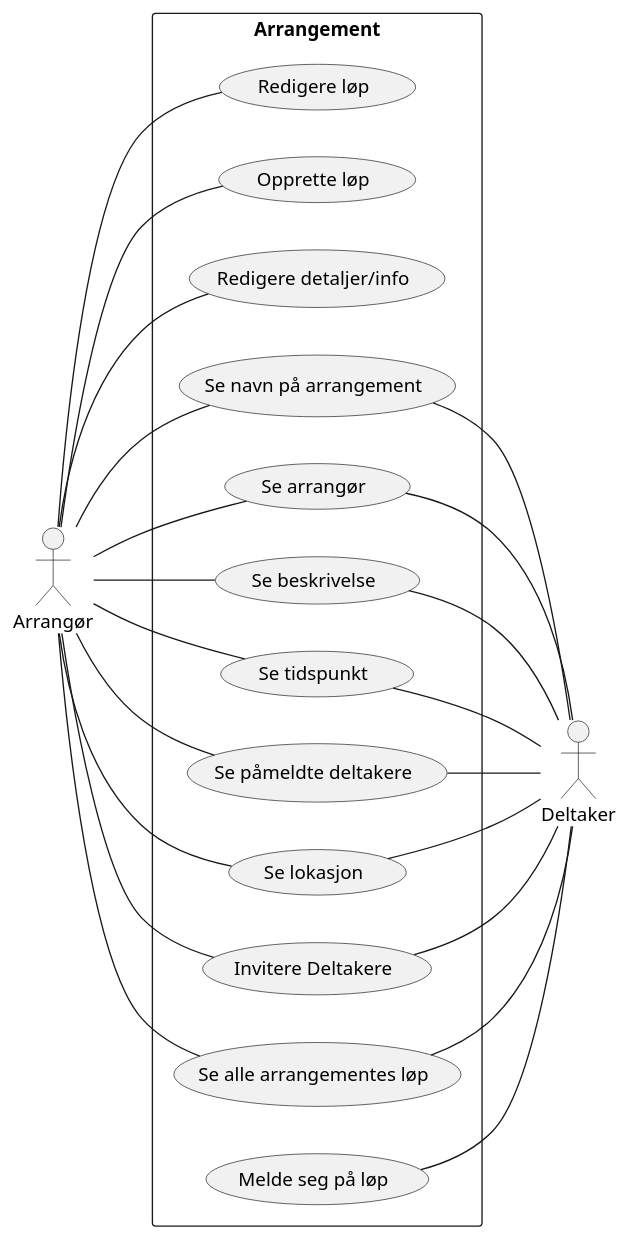
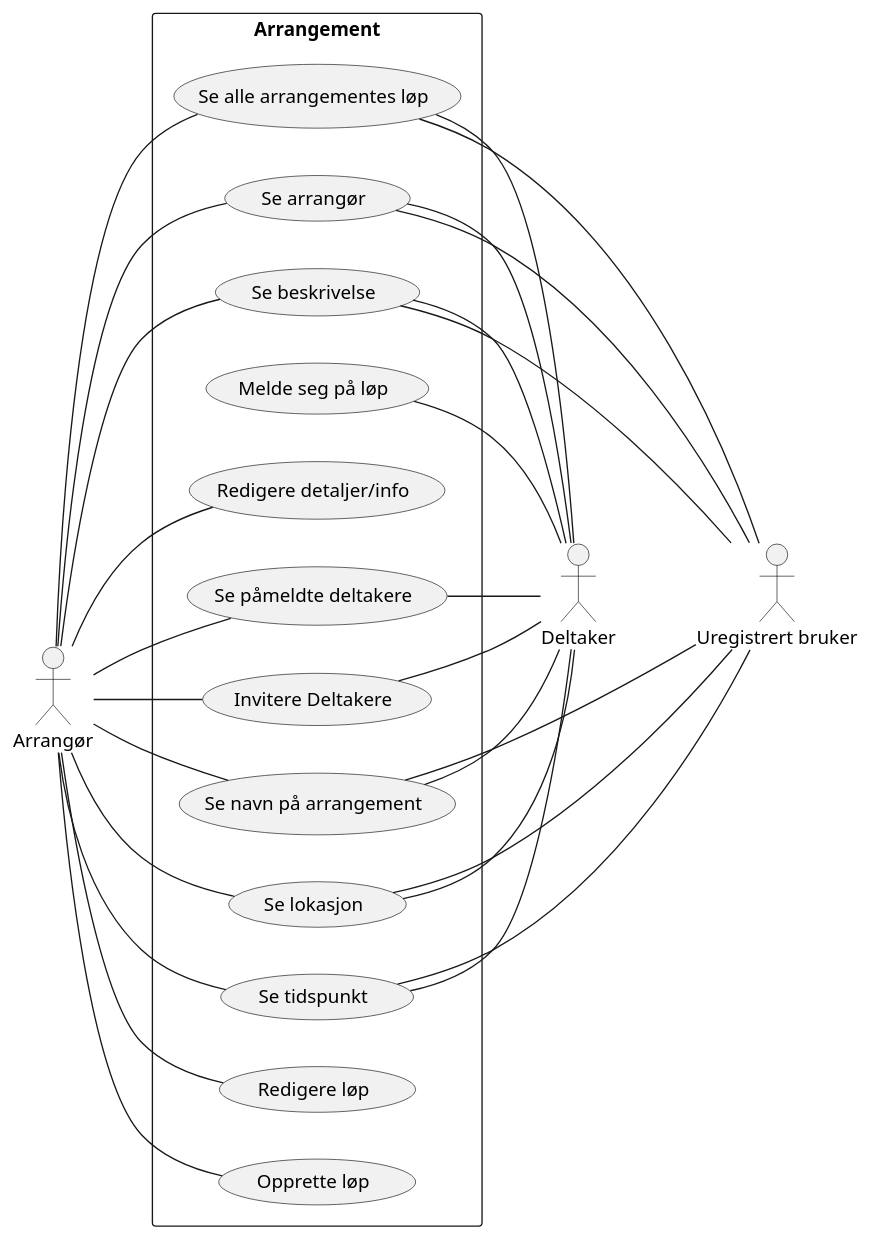
Before and after one commit to GossipDolphin/software_prosjekt_18: the diagram in diagrammer/use cases/arrangement.puml, drawn with PlantUML.

Commit message:
La til "Uregistrert bruker" som actor.

```diff
--- a/diagrammer/use cases/arrangement.puml
+++ b/diagrammer/use cases/arrangement.puml
@@ -1,31 +1,48 @@
  @startuml
 left to right direction
 skinparam packageStyle rectangle
 
 :Arrangør:
 :Deltaker:
+:Uregistrert bruker: as Uregistrert
 rectangle Arrangement {
 
 Arrangør -- (Redigere løp)
 Arrangør -- (Opprette løp)
 Arrangør -- (Redigere detaljer/info)
 Arrangør -- (Se navn på arrangement)
 Arrangør -- (Se arrangør)
 Arrangør -- (Se beskrivelse)
 Arrangør -- (Se tidspunkt)
 Arrangør -- (Se påmeldte deltakere)
 Arrangør -- (Se lokasjon)
 Arrangør -- (Invitere Deltakere)
 Arrangør -- (Se alle arrangementes løp)
 
 (Se navn på arrangement) -- Deltaker
+(Se navn på arrangement) --- Uregistrert
+
 (Se arrangør) -- Deltaker
+(Se arrangør) --- Uregistrert
+
 (Se beskrivelse) -- Deltaker
+(Se beskrivelse) -- Uregistrert
+
 (Se tidspunkt) -- Deltaker
+(Se tidspunkt) --- Uregistrert
+
+
+(Se lokasjon) -- Deltaker
+(Se lokasjon) --- Uregistrert
+
+
+(Se alle arrangementes løp) -- Deltaker
+(Se alle arrangementes løp) --- Uregistrert
+
+
+(Invitere Deltakere) -- Deltaker
 (Se påmeldte deltakere) -- Deltaker
-(Se lokasjon) -- Deltaker
-(Invitere Deltakere) -- Deltaker
-(Se alle arrangementes løp) -- Deltaker
 (Melde seg på løp) -- Deltaker
+
 }
  @enduml
```
